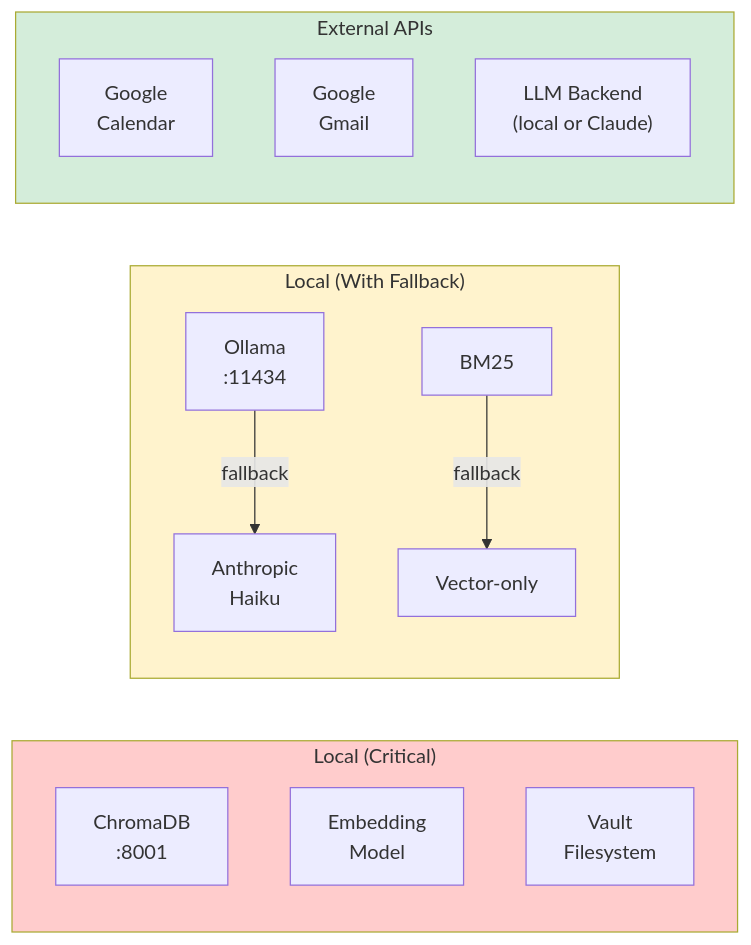
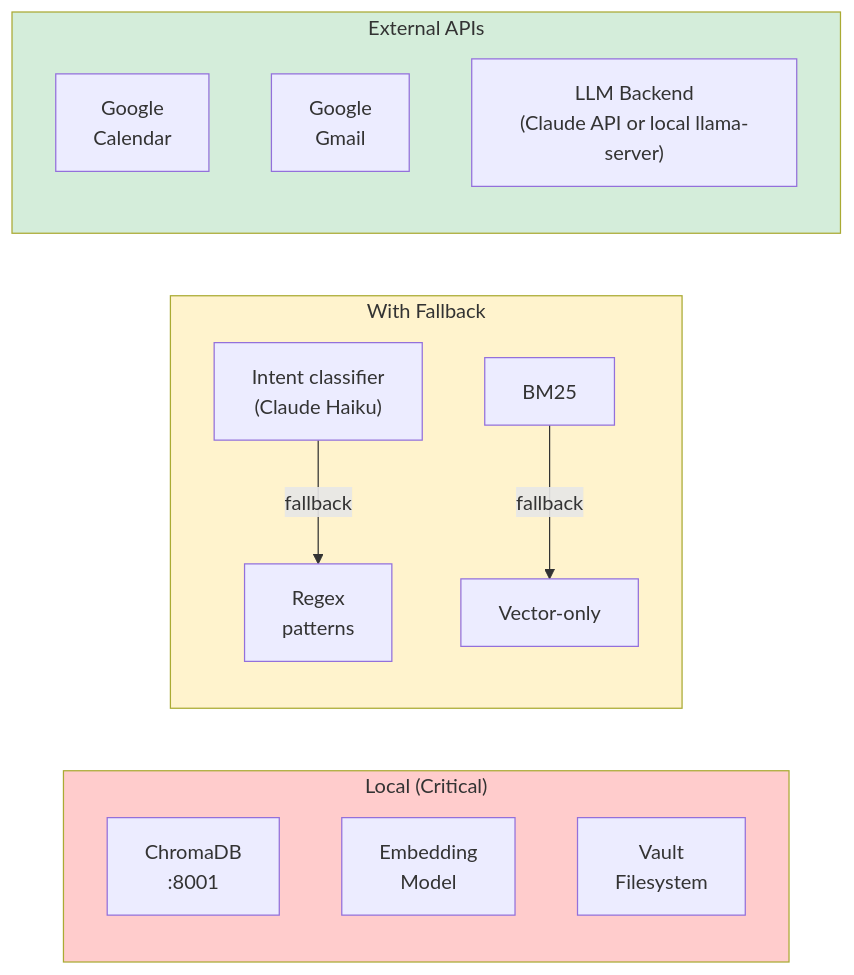
Before and after one commit to nbramia/LifeOS: the third of 3 diagrams in README.md, drawn with Mermaid. The commit also changed other lines of this file and 8 other files, not shown here.

First line of the commit message:
docs: correct LLM routing, default backend, and tool count

````diff
--- a/README.md
+++ b/README.md
@@ -249,26 +242,26 @@
 ```mermaid
 flowchart LR
     subgraph Local["Local (Critical)"]
         direction TB
         ChromaDB["ChromaDB\n:8001"]
         Embed["Embedding\nModel"]
         Vault["Vault\nFilesystem"]
     end
 
-    subgraph Fallback["Local (With Fallback)"]
+    subgraph Fallback["With Fallback"]
         direction TB
-        Ollama["Ollama\n:11434"] -->|fallback| Haiku["Anthropic\nHaiku"]
+        Intent["Intent classifier\n(Claude Haiku)"] -->|fallback| Patterns["Regex\npatterns"]
         BM25["BM25"] -->|fallback| VecOnly["Vector-only"]
     end
 
     subgraph External["External APIs"]
         direction TB
         GCal["Google\nCalendar"]
         Gmail["Google\nGmail"]
-        LLM["LLM Backend\n(local or Claude)"]
+        LLM["LLM Backend\n(Claude API or local llama-server)"]
     end
 
     style Local fill:#ffcccc
     style Fallback fill:#fff3cd
     style External fill:#d4edda
 ```
````
